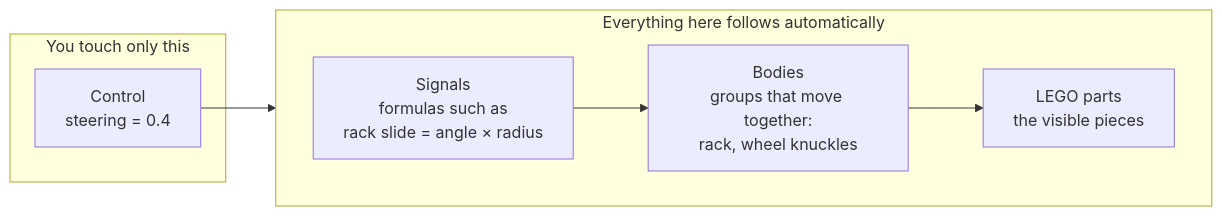
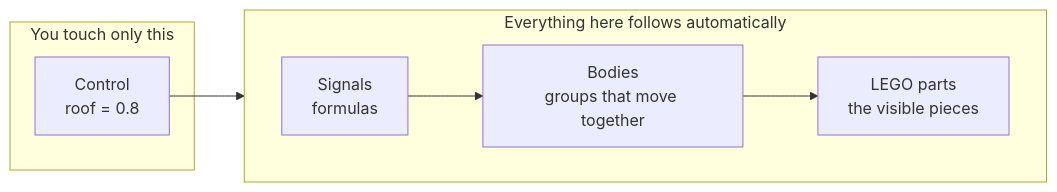
One commit to anteloc/ldraw-mecha changed the second of 25 diagrams in docs/how-it-works.md. Above: the diagram before and after it, drawn with Mermaid. The commit also changed other lines of this file and 1 other file, not shown here.

````diff
--- a/docs/how-it-works.md
+++ b/docs/how-it-works.md
@@ -84,14 +70,14 @@
 ```mermaid
 flowchart LR
     subgraph you["You touch only this"]
-        ctl["Control<br/>steering = 0.4"]
+        ctl["Control<br/>roof = 0.8"]
     end
     subgraph auto["Everything here follows automatically"]
         direction LR
-        sig["Signals<br/>formulas such as<br/>rack slide = angle × radius"]
-        bod["Bodies<br/>groups that move together:<br/>rack, wheel knuckles"]
+        sig["Signals<br/>formulas"]
+        bod["Bodies<br/>groups that move together"]
         prt["LEGO parts<br/>the visible pieces"]
         sig --> bod --> prt
     end
     ctl --> sig
 ```
````
